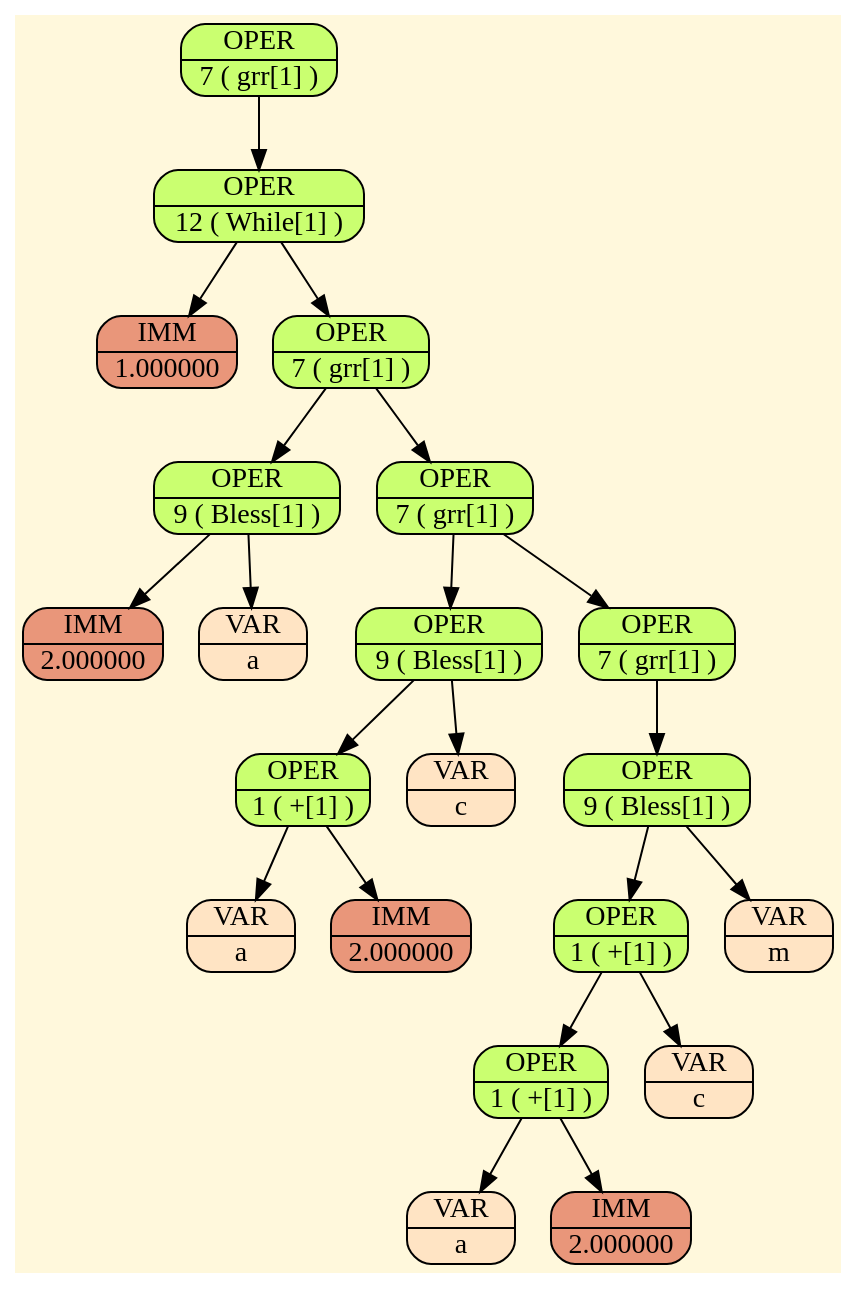
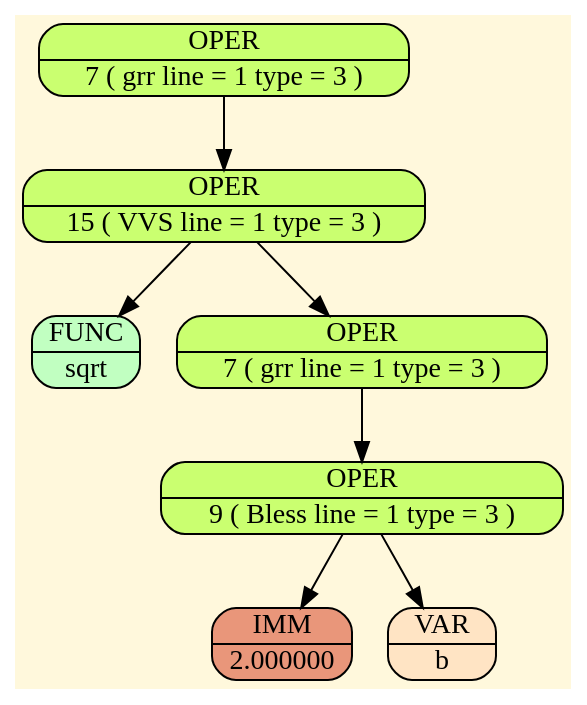
Before and after one commit to SvetoCopy/RapLang: the diagram in ProgrammLang/frontend_dump.gv, drawn with Graphviz. The commit also changed 29 other files, not shown here.

```diff
--- a/ProgrammLang/frontend_dump.gv
+++ b/ProgrammLang/frontend_dump.gv
@@ -1,44 +1,16 @@
 digraph Tree 
 { bgcolor="cornsilk1";node[margin = "0.01"];
-"node_000002E0ACC9A210" [shape=Mrecord, style=filled, fillcolor=darkolivegreen1, label = "{ OPER | 7 ( grr[1] ) }"];
-"node_000002E0ACC99BF0" [shape=Mrecord, style=filled, fillcolor=darkolivegreen1, label = "{ OPER | 12 ( While[1] ) }"];
-"node_000002E0ACC99CD0" [shape=Mrecord, style=filled, fillcolor=darksalmon, label = "{ IMM | 1.000000 }"];
-"node_000002E0ACC9A2F0" [shape=Mrecord, style=filled, fillcolor=darkolivegreen1, label = "{ OPER | 7 ( grr[1] ) }"];
-"node_000002E0ACC98F40" [shape=Mrecord, style=filled, fillcolor=darkolivegreen1, label = "{ OPER | 9 ( Bless[1] ) }"];
-"node_000002E0ACC99D40" [shape=Mrecord, style=filled, fillcolor=darksalmon, label = "{ IMM | 2.000000 }"];
-"node_000002E0ACC9A0C0" [shape=Mrecord, style=filled, fillcolor=bisque, label = "{ VAR | a }"];
-"node_000002E0ACC99E20" [shape=Mrecord, style=filled, fillcolor=darkolivegreen1, label = "{ OPER | 7 ( grr[1] ) }"];
-"node_000002E0ACC98E60" [shape=Mrecord, style=filled, fillcolor=darkolivegreen1, label = "{ OPER | 9 ( Bless[1] ) }"];
-"node_000002E0ACC99E90" [shape=Mrecord, style=filled, fillcolor=darkolivegreen1, label = "{ OPER | 1 ( +[1] ) }"];
-"node_000002E0ACC99790" [shape=Mrecord, style=filled, fillcolor=bisque, label = "{ VAR | a }"];
-"node_000002E0ACC99DB0" [shape=Mrecord, style=filled, fillcolor=darksalmon, label = "{ IMM | 2.000000 }"];
-"node_000002E0ACC98920" [shape=Mrecord, style=filled, fillcolor=bisque, label = "{ VAR | c }"];
-"node_000002E0ACC99560" [shape=Mrecord, style=filled, fillcolor=darkolivegreen1, label = "{ OPER | 7 ( grr[1] ) }"];
-"node_000002E0ACC998E0" [shape=Mrecord, style=filled, fillcolor=darkolivegreen1, label = "{ OPER | 9 ( Bless[1] ) }"];
-"node_000002E0ACC99800" [shape=Mrecord, style=filled, fillcolor=darkolivegreen1, label = "{ OPER | 1 ( +[1] ) }"];
-"node_000002E0ACC99100" [shape=Mrecord, style=filled, fillcolor=darkolivegreen1, label = "{ OPER | 1 ( +[1] ) }"];
-"node_000002E0ACC992C0" [shape=Mrecord, style=filled, fillcolor=bisque, label = "{ VAR | a }"];
-"node_000002E0ACC99720" [shape=Mrecord, style=filled, fillcolor=darksalmon, label = "{ IMM | 2.000000 }"];
-"node_000002E0ACC99480" [shape=Mrecord, style=filled, fillcolor=bisque, label = "{ VAR | c }"];
-"node_000002E0ACC99330" [shape=Mrecord, style=filled, fillcolor=bisque, label = "{ VAR | m }"];
-node_000002E0ACC9A210->node_000002E0ACC99BF0
-node_000002E0ACC99BF0->node_000002E0ACC99CD0
-node_000002E0ACC99BF0->node_000002E0ACC9A2F0
-node_000002E0ACC9A2F0->node_000002E0ACC98F40
-node_000002E0ACC9A2F0->node_000002E0ACC99E20
-node_000002E0ACC98F40->node_000002E0ACC99D40
-node_000002E0ACC98F40->node_000002E0ACC9A0C0
-node_000002E0ACC99E20->node_000002E0ACC98E60
-node_000002E0ACC99E20->node_000002E0ACC99560
-node_000002E0ACC98E60->node_000002E0ACC99E90
-node_000002E0ACC98E60->node_000002E0ACC98920
-node_000002E0ACC99E90->node_000002E0ACC99790
-node_000002E0ACC99E90->node_000002E0ACC99DB0
-node_000002E0ACC99560->node_000002E0ACC998E0
-node_000002E0ACC998E0->node_000002E0ACC99800
-node_000002E0ACC998E0->node_000002E0ACC99330
-node_000002E0ACC99800->node_000002E0ACC99100
-node_000002E0ACC99800->node_000002E0ACC99480
-node_000002E0ACC99100->node_000002E0ACC992C0
-node_000002E0ACC99100->node_000002E0ACC99720
+"node_000001BD3EE56CC0" [shape=Mrecord, style=filled, fillcolor=darkolivegreen1, label = "{ OPER | 7 ( grr line = 1 type = 3 ) }"];
+"node_000001BD3EE55D00" [shape=Mrecord, style=filled, fillcolor=darkolivegreen1, label = "{ OPER | 15 ( VVS line = 1 type = 3 ) }"];
+"node_000001BD3EE57040" [shape=Mrecord, style=filled, fillcolor=darkseagreen1, label = "{ FUNC | sqrt }"];
+"node_000001BD3EE56080" [shape=Mrecord, style=filled, fillcolor=darkolivegreen1, label = "{ OPER | 7 ( grr line = 1 type = 3 ) }"];
+"node_000001BD3EE56550" [shape=Mrecord, style=filled, fillcolor=darkolivegreen1, label = "{ OPER | 9 ( Bless line = 1 type = 3 ) }"];
+"node_000001BD3EE57120" [shape=Mrecord, style=filled, fillcolor=darksalmon, label = "{ IMM | 2.000000 }"];
+"node_000001BD3EE57190" [shape=Mrecord, style=filled, fillcolor=bisque, label = "{ VAR | b }"];
+node_000001BD3EE56CC0->node_000001BD3EE55D00
+node_000001BD3EE55D00->node_000001BD3EE57040
+node_000001BD3EE55D00->node_000001BD3EE56080
+node_000001BD3EE56080->node_000001BD3EE56550
+node_000001BD3EE56550->node_000001BD3EE57120
+node_000001BD3EE56550->node_000001BD3EE57190
 }
```
